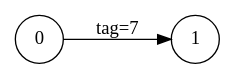
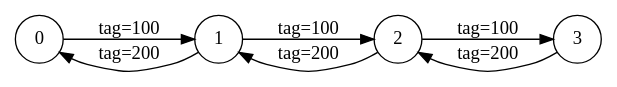
Before and after one commit to CallmeSharanya/LLVM-Secure-MPI-Usage-Sanitizer: the diagram in msan_comm_graph.dot, drawn with Graphviz. The commit also changed 16 other files, not shown here.

```diff
--- a/msan_comm_graph.dot
+++ b/msan_comm_graph.dot
@@ -1,5 +1,10 @@
 digraph MPIComm {
   rankdir=LR;
   node [shape=circle];
-  0 -> 1 [label="tag=7"];
+  0 -> 1 [label="tag=100"];
+  1 -> 2 [label="tag=100"];
+  1 -> 0 [label="tag=200"];
+  2 -> 3 [label="tag=100"];
+  2 -> 1 [label="tag=200"];
+  3 -> 2 [label="tag=200"];
 }
```
